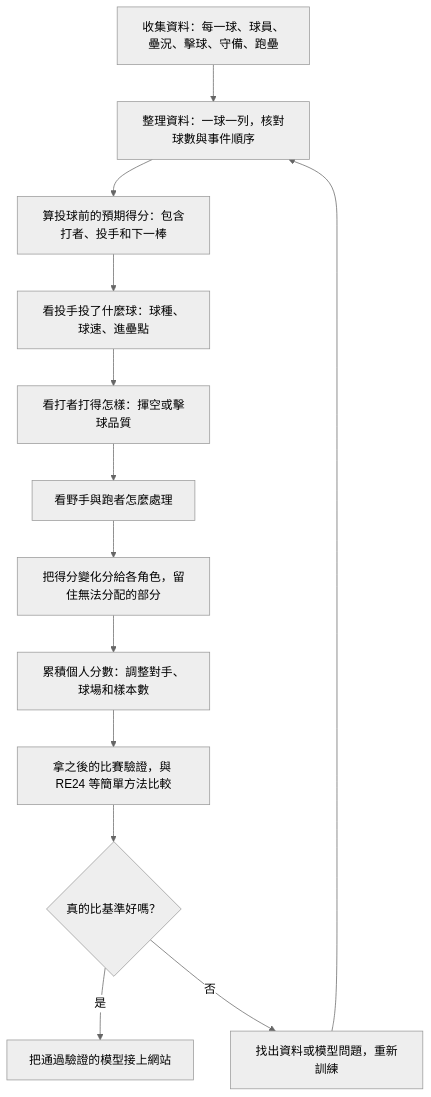
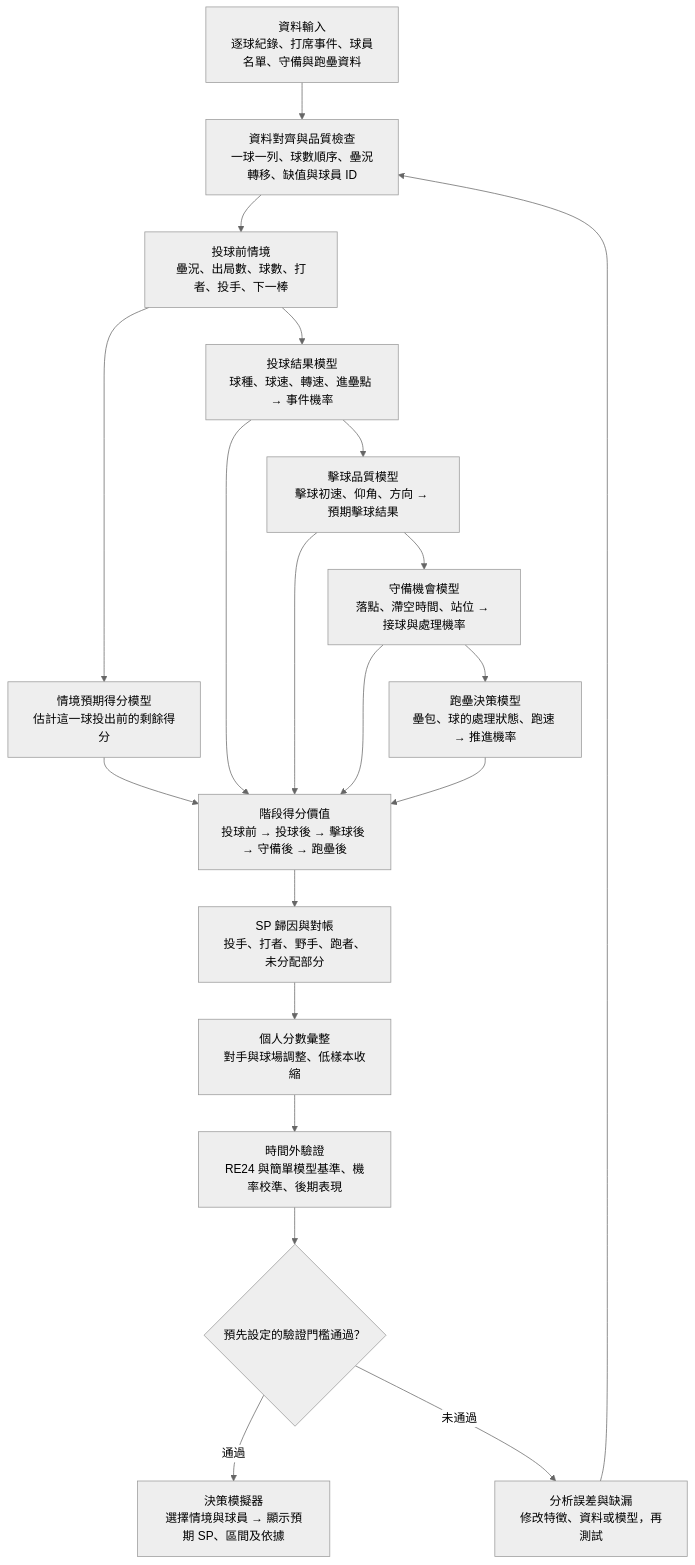
The diagram in docs/FINAL_MODEL_FLOW.md (yuan-yuan-hackathon/cpbl-sp-simulator), drawn with Mermaid (neutral theme) before and after one commit. The commit also changed other lines of this file, not shown here.

Commit message:
Present full SP engine flow in judge-ready format

````diff
--- a/docs/FINAL_MODEL_FLOW.md
+++ b/docs/FINAL_MODEL_FLOW.md
@@ -21,15 +8,22 @@
 ```mermaid
 flowchart TD
-    A["收集資料：每一球、球員、壘況、擊球、守備、跑壘"] --> B["整理資料：一球一列，核對球數與事件順序"]
-    B --> C["算投球前的預期得分：包含打者、投手和下一棒"]
-    C --> D["看投手投了什麼球：球種、球速、進壘點"]
-    D --> E["看打者打得怎樣：揮空或擊球品質"]
-    E --> F["看野手與跑者怎麼處理"]
-    F --> G["把得分變化分給各角色，留住無法分配的部分"]
-    G --> H["累積個人分數：調整對手、球場和樣本數"]
-    H --> I["拿之後的比賽驗證，與 RE24 等簡單方法比較"]
-    I --> J{"真的比基準好嗎？"}
-    J -->|是| K["把通過驗證的模型接上網站"]
-    J -->|否| L["找出資料或模型問題，重新訓練"]
-    L --> B
+    A["資料輸入<br/>逐球紀錄、打席事件、球員名單、守備與跑壘資料"] --> B["資料對齊與品質檢查<br/>一球一列、球數順序、壘況轉移、缺值與球員 ID"]
+    B --> C["投球前情境<br/>壘況、出局數、球數、打者、投手、下一棒"]
+    C --> D["情境預期得分模型<br/>估計這一球投出前的剩餘得分"]
+    C --> E["投球結果模型<br/>球種、球速、轉速、進壘點 → 事件機率"]
+    E --> F["擊球品質模型<br/>擊球初速、仰角、方向 → 預期擊球結果"]
+    F --> G["守備機會模型<br/>落點、滯空時間、站位 → 接球與處理機率"]
+    G --> H["跑壘決策模型<br/>壘包、球的處理狀態、跑速 → 推進機率"]
+    D --> I["階段得分價值<br/>投球前 → 投球後 → 擊球後 → 守備後 → 跑壘後"]
+    E --> I
+    F --> I
+    G --> I
+    H --> I
+    I --> J["SP 歸因與對帳<br/>投手、打者、野手、跑者、未分配部分"]
+    J --> K["個人分數彙整<br/>對手與球場調整、低樣本收縮"]
+    K --> L["時間外驗證<br/>RE24 與簡單模型基準、機率校準、後期表現"]
+    L --> M{"預先設定的驗證門檻通過？"}
+    M -->|通過| N["決策模擬器<br/>選擇情境與球員 → 顯示預期 SP、區間及依據"]
+    M -->|未通過| O["分析誤差與缺漏<br/>修改特徵、資料或模型，再測試"]
+    O --> B
 ```
````
